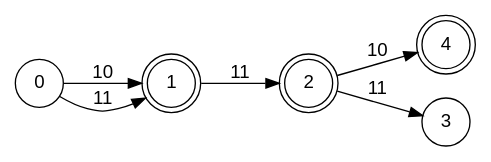
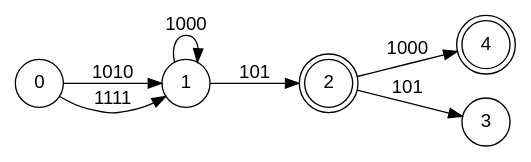
The diagram in fsm.gv (Lolikion228/NFA), drawn with Graphviz before and after one commit. The commit also changed 12 other files, not shown here.

```diff
--- a/fsm.gv
+++ b/fsm.gv
@@ -1,13 +1,14 @@
  digraph finite_state_machine {
 	fontname="Helvetica,Arial,sans-serif"
 	node [fontname="Helvetica,Arial,sans-serif"]
 	edge [fontname="Helvetica,Arial,sans-serif"]
 	rankdir=LR;
-	node [shape = doublecircle ]; 1 2 4;
+	node [shape = doublecircle ]; 2 4;
 	node [shape = circle];
-	0 -> 1 [label =" 10 "]; 
-	0 -> 1 [label =" 11 "]; 
-	1 -> 2 [label =" 11 "]; 
-	2 -> 3 [label =" 11 "]; 
-	2 -> 4 [label =" 10 "]; 
+	0 -> 1 [label =" 1010 "]; 
+	0 -> 1 [label =" 1111 "]; 
+	1 -> 2 [label =" 101 "]; 
+	1 -> 1 [label =" 1000 "]; 
+	2 -> 3 [label =" 101 "]; 
+	2 -> 4 [label =" 1000 "]; 
 }   
```
